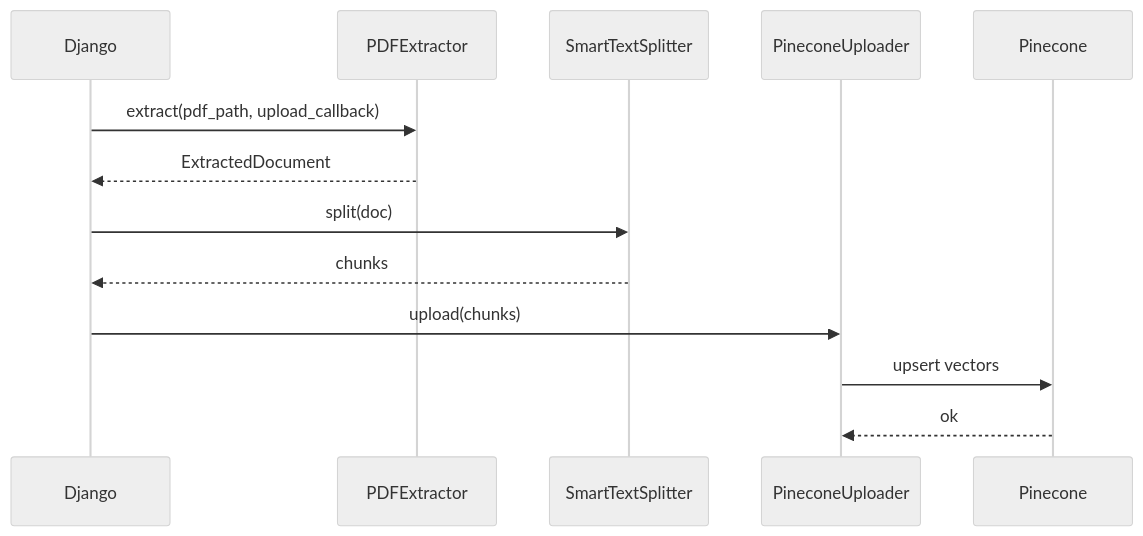
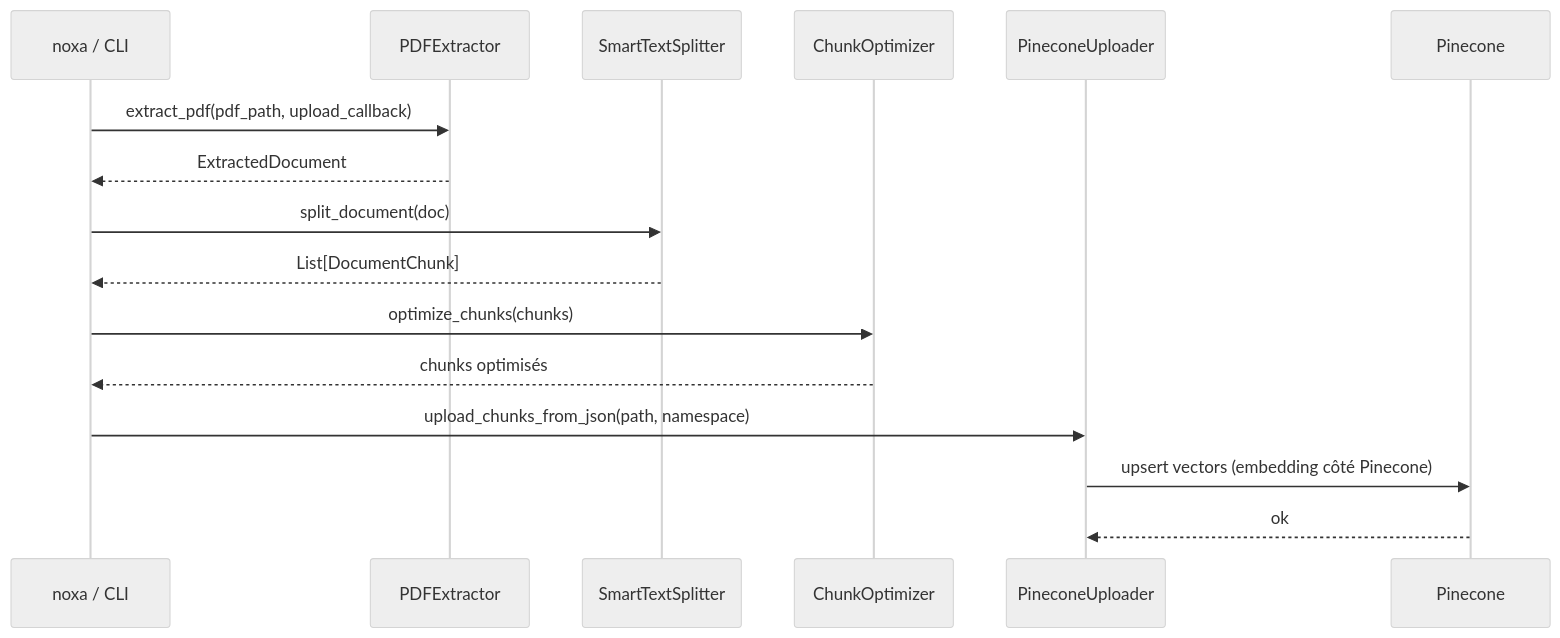
Before and after one commit to Projet-DeepSearchSnIA/rag-core: the second of 3 diagrams in readme.md, drawn with Mermaid (neutral theme). The commit also changed other lines of this file, not shown here.

````diff
--- a/readme.md
+++ b/readme.md
@@ -61,18 +61,22 @@
 ```mermaid
 sequenceDiagram
-    participant Django
+    participant Caller as noxa / CLI
     participant PDFExtractor
     participant SmartTextSplitter
+    participant ChunkOptimizer
     participant PineconeUploader
     participant Pinecone
 
-    Django->>PDFExtractor: extract(pdf_path, upload_callback)
-    PDFExtractor-->>Django: ExtractedDocument
+    Caller->>PDFExtractor: extract_pdf(pdf_path, upload_callback)
+    PDFExtractor-->>Caller: ExtractedDocument
 
-    Django->>SmartTextSplitter: split(doc)
-    SmartTextSplitter-->>Django: chunks
+    Caller->>SmartTextSplitter: split_document(doc)
+    SmartTextSplitter-->>Caller: List[DocumentChunk]
 
-    Django->>PineconeUploader: upload(chunks)
-    PineconeUploader->>Pinecone: upsert vectors
+    Caller->>ChunkOptimizer: optimize_chunks(chunks)
+    ChunkOptimizer-->>Caller: chunks optimisés
+
+    Caller->>PineconeUploader: upload_chunks_from_json(path, namespace)
+    PineconeUploader->>Pinecone: upsert vectors (embedding côté Pinecone)
     Pinecone-->>PineconeUploader: ok
 ```
````
